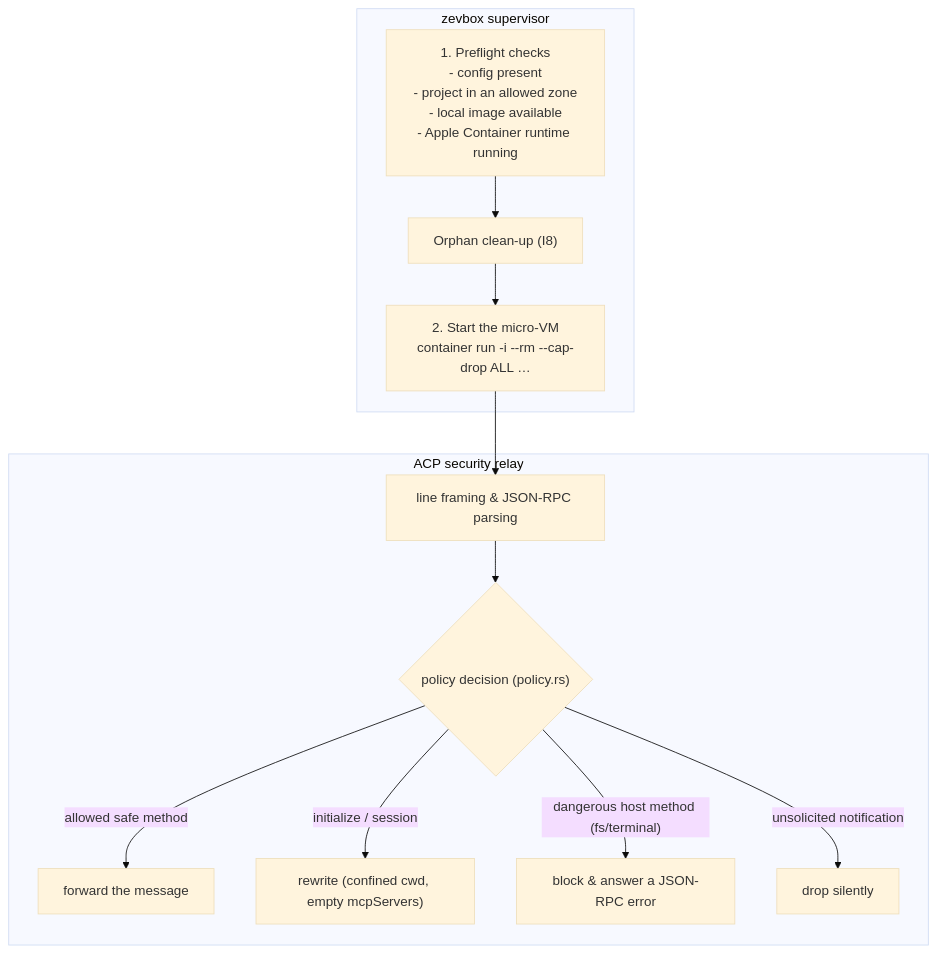
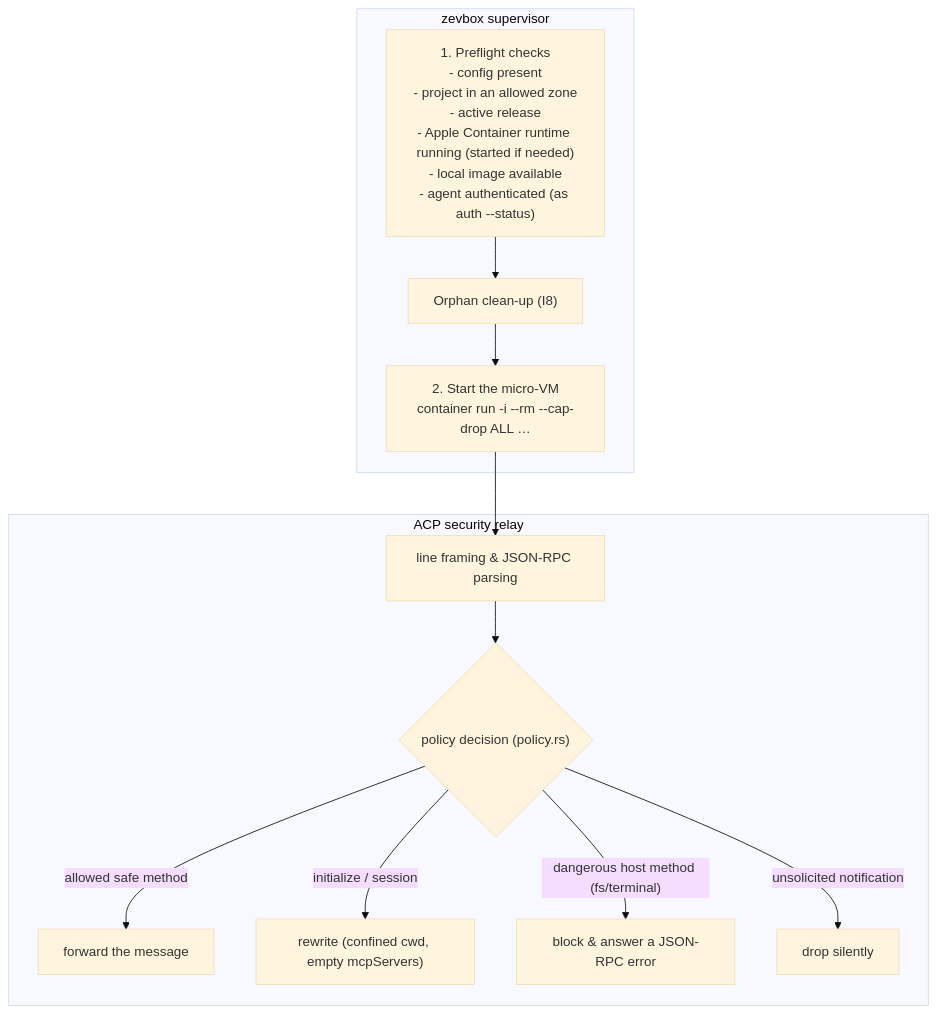
Before and after one commit to brainztorm/zevbox: the third of 8 diagrams in docs/ARCHITECTURE.md, drawn with Mermaid (base theme). The commit also changed other lines of this file and 12 other files, not shown here.

````diff
--- a/docs/ARCHITECTURE.md
+++ b/docs/ARCHITECTURE.md
@@ -138,26 +140,26 @@
 ```mermaid
 flowchart TD
     subgraph SupervisorArea ["zevbox supervisor"]
-        Preflight["1. Preflight checks\n- config present\n- project in an allowed zone\n- local image available\n- Apple Container runtime running"]
+        Preflight["1. Preflight checks\n- config present\n- project in an allowed zone\n- active release\n- Apple Container runtime running (started if needed)\n- local image available\n- agent authenticated (as auth --status)"]
         Spawn["2. Start the micro-VM\ncontainer run -i --rm --cap-drop ALL …"]
         CleanOrphans["Orphan clean-up (I8)"]
     end
 
     subgraph RelayArea ["ACP security relay"]
         Parser["line framing & JSON-RPC parsing"]
         PolicyCheck{"policy decision (policy.rs)"}
         Forward["forward the message"]
         Rewrite["rewrite (confined cwd, empty mcpServers)"]
         Block["block & answer a JSON-RPC error"]
         Drop["drop silently"]
     end
 
     Preflight --> CleanOrphans
     CleanOrphans --> Spawn
     Spawn --> Parser
     Parser --> PolicyCheck
     PolicyCheck -->|"allowed safe method"| Forward
     PolicyCheck -->|"initialize / session"| Rewrite
     PolicyCheck -->|"dangerous host method (fs/terminal)"| Block
     PolicyCheck -->|"unsolicited notification"| Drop
 ```
````
